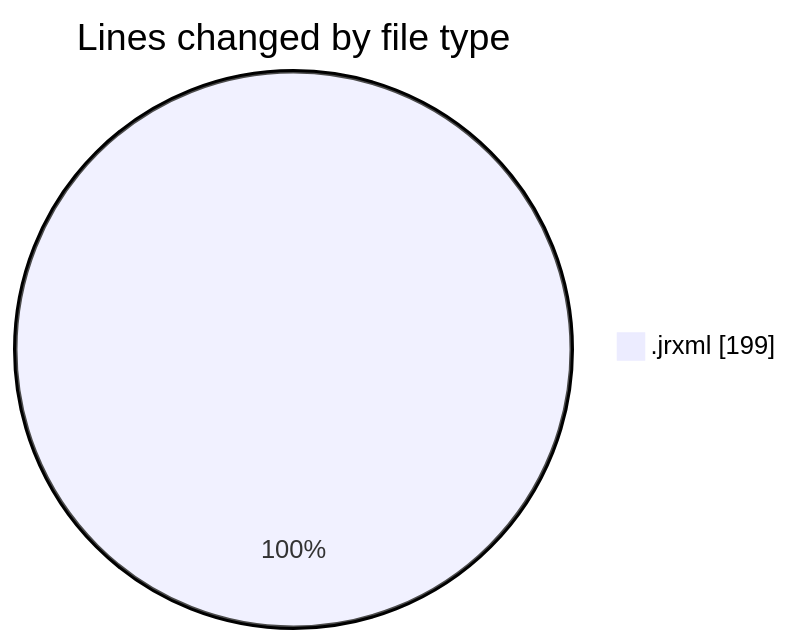
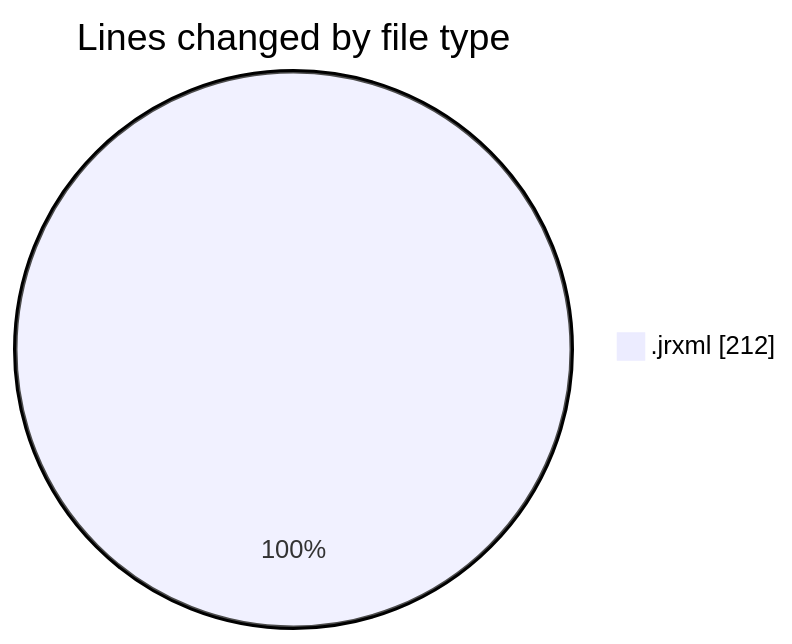
The first of 2 diagrams in 2026-10-20/cilreports__workspace_/README.md (ricardozamudiocil/code-tracking), drawn with Mermaid before and after one commit. The commit also changed other lines of this file and 1 other file, not shown here.

````diff
--- a/2026-10-20/cilreports__workspace_/README.md
+++ b/2026-10-20/cilreports__workspace_/README.md
@@ -20,5 +20,5 @@
 ```mermaid
 pie showData
 title Lines changed by file type
-".jrxml" : 199
+".jrxml" : 212
 ```
````
